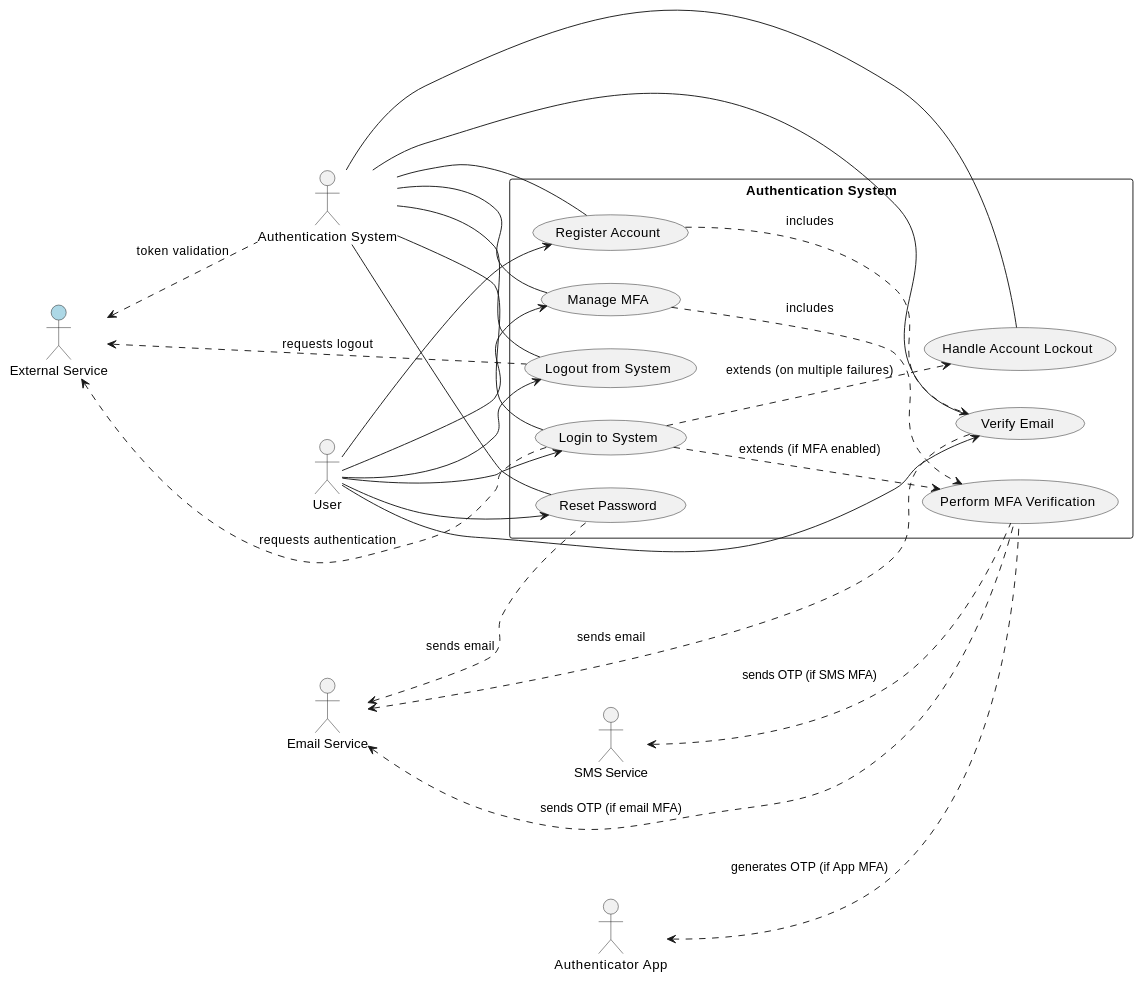
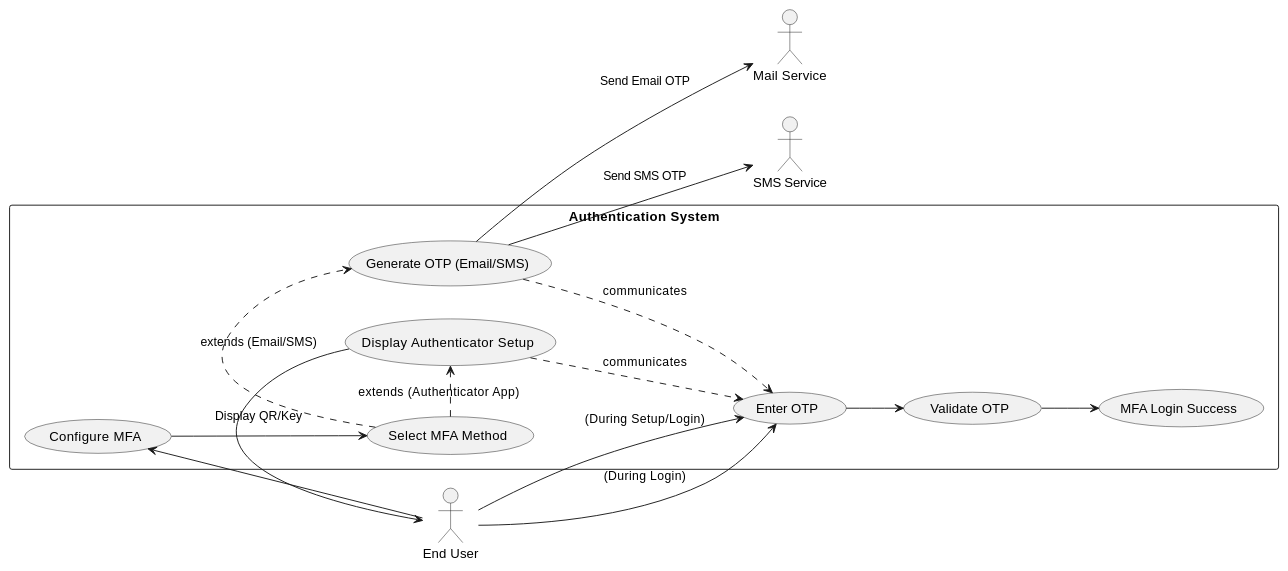
Before and after one commit to Bimmi-kumari-singh/Agent-testing: the third of 5 diagrams in .propel/context/docs/spec.md, drawn with PlantUML. The commit also changed other lines of this file, not shown here.

Commit message:
[Propel IQ] Generate spec

````diff
--- a/.propel/context/docs/spec.md
+++ b/.propel/context/docs/spec.md
@@ -230,54 +443,37 @@
 ```plantuml
 @startuml
 left to right direction
-actor "User" as user
-actor "Authentication System" as auth_system
-actor "External Service" as external_service #LightBlue
-actor "Email Service" as email_service
-actor "SMS Service" as sms_service
-actor "Authenticator App" as authenticator_app
+actor "End User" as User
+actor "Mail Service" as Mail
+actor "SMS Service" as SMS
 
 rectangle "Authentication System" {
-  usecase "Register Account" as UC_REG_001
-  usecase "Verify Email" as UC_REG_004
-  usecase "Login to System" as UC_LOG_001
-  usecase "Reset Password" as UC_PWD_001
-  usecase "Manage MFA" as UC_MFA_001
-  usecase "Perform MFA Verification" as UC_MFA_002
-  usecase "Logout from System" as UC_SES_004
-  usecase "Handle Account Lockout" as UC_ALC_001
+  usecase "Configure MFA" as UC_ConfigureMFA
+  usecase "Select MFA Method" as UC_SelectMethod
+  usecase "Generate OTP (Email/SMS)" as UC_GenOTP
+  usecase "Display Authenticator Setup" as UC_AuthSetup
+  usecase "Enter OTP" as UC_EnterOTP
+  usecase "Validate OTP" as UC_ValidateOTP
+  usecase "MFA Login Success" as UC_MFALoginSuccess
 }
 
-user --> UC_REG_001
-user --> UC_LOG_001
-user --> UC_PWD_001
-user --> UC_MFA_001
-user --> UC_SES_004
-user --> UC_REG_004
+User --> UC_ConfigureMFA
+UC_ConfigureMFA --> UC_SelectMethod
 
-UC_REG_001 ..> UC_REG_004 : includes
-UC_LOG_001 ..> UC_MFA_002 : extends (if MFA enabled)
-UC_LOG_001 ..> UC_ALC_001 : extends (on multiple failures)
-UC_MFA_001 ..> UC_MFA_002 : includes
+UC_SelectMethod .> UC_GenOTP : extends (Email/SMS)
+UC_SelectMethod .> UC_AuthSetup : extends (Authenticator App)
 
-auth_system -- UC_REG_001
-auth_system -- UC_LOG_001
-auth_system -- UC_PWD_001
-auth_system -- UC_MFA_001
-auth_system -- UC_SES_004
-auth_system -- UC_REG_004
-auth_system -- UC_ALC_001
+UC_GenOTP --> Mail : Send Email OTP
+UC_GenOTP --> SMS : Send SMS OTP
 
-email_service <.. UC_REG_004 : sends email
-email_service <.. UC_PWD_001 : sends email
-email_service <.. UC_MFA_002 : sends OTP (if email MFA)
+User --> UC_EnterOTP : (During Login)
+UC_AuthSetup --> User : Display QR/Key
+User --> UC_EnterOTP : (During Setup/Login)
 
-sms_service <.. UC_MFA_002 : sends OTP (if SMS MFA)
-authenticator_app <.. UC_MFA_002 : generates OTP (if App MFA)
+UC_EnterOTP --> UC_ValidateOTP
+UC_ValidateOTP --> UC_MFALoginSuccess
 
-external_service <.. UC_LOG_001 : requests authentication
-external_service <.. UC_SES_004 : requests logout
-external_service <.. auth_system : token validation
-
+UC_GenOTP ..> UC_EnterOTP : communicates
+UC_AuthSetup ..> UC_EnterOTP : communicates
 @enduml
 ```
````
